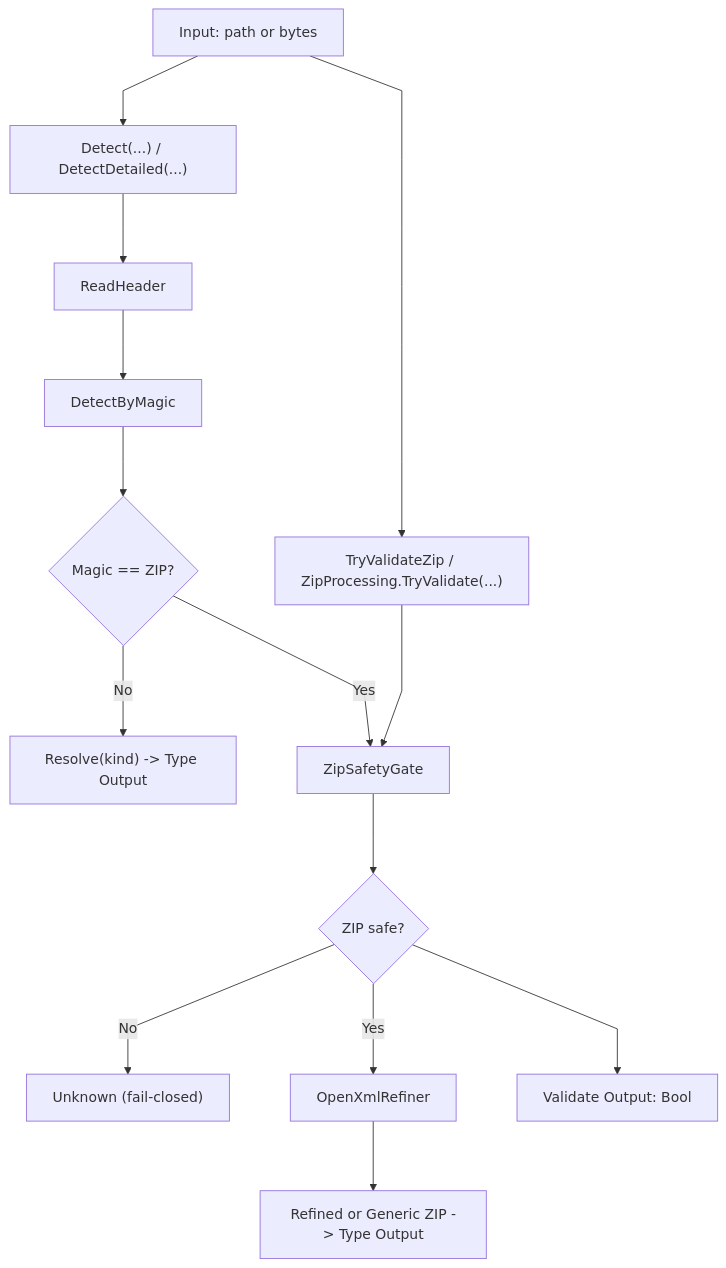
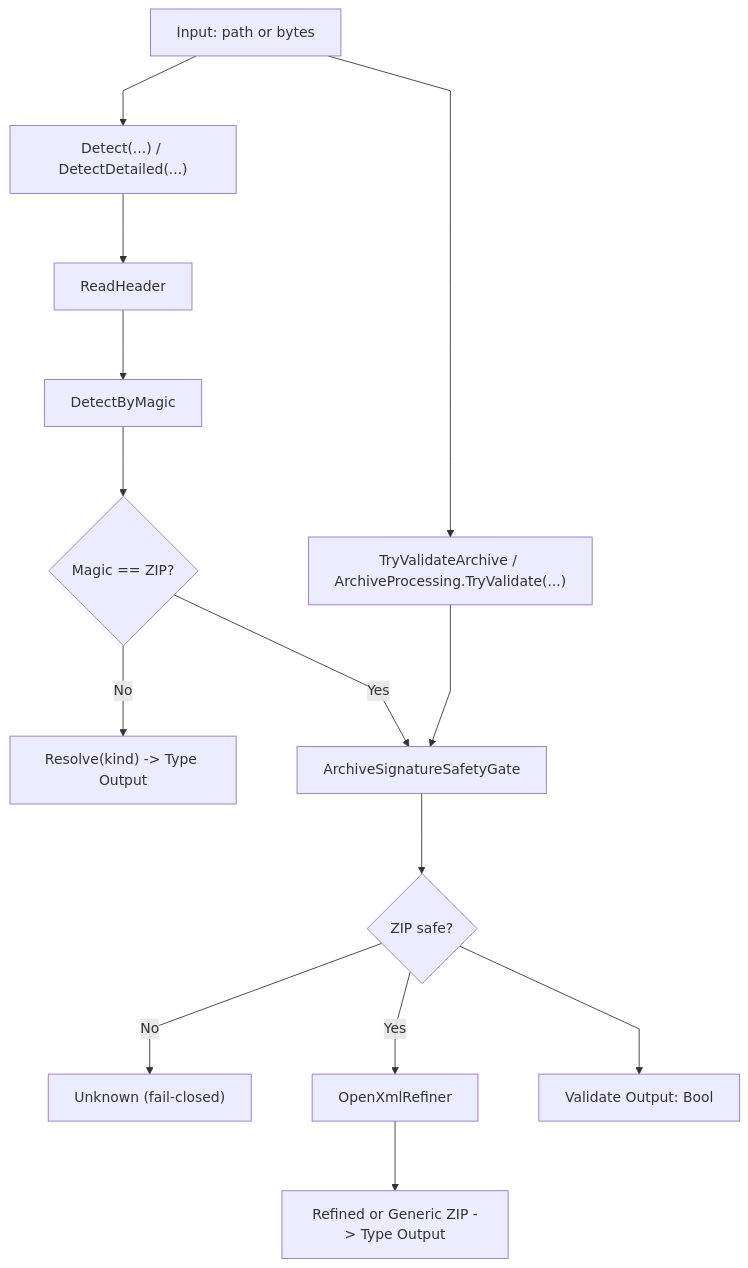
The third of 9 diagrams in docs/02_ARCHITECTURE_AND_FLOWS.md (tomtastisch/FileClassifier), drawn with Mermaid before and after one commit. The commit also changed other lines of this file and 32 other files, not shown here.

Commit message:
refactor: vereinheitliche zip-benennungen auf archive

````diff
--- a/docs/02_ARCHITECTURE_AND_FLOWS.md
+++ b/docs/02_ARCHITECTURE_AND_FLOWS.md
@@ -111,18 +111,18 @@
 ```mermaid
 %%{init: {"flowchart": {"curve": "linear", "nodeSpacing": 70, "rankSpacing": 80}, "themeVariables": {"fontSize": "16px"}}}%%
 flowchart TD
   I1["Input: path or bytes"] --> D1["Detect(...) / DetectDetailed(...)"]
   D1 --> H1["ReadHeader"]
   H1 --> M1["DetectByMagic"]
   M1 --> Q1{"Magic == ZIP?"}
 
   Q1 -->|"No"| T1["Resolve(kind) -> Type Output"]
-  Q1 -->|"Yes"| G1["ZipSafetyGate"] --> Q2{"ZIP safe?"}
+  Q1 -->|"Yes"| G1["ArchiveSignatureSafetyGate"] --> Q2{"ZIP safe?"}
 
   Q2 -->|"No"| U1["Unknown (fail-closed)"]
   Q2 -->|"Yes"| R1["OpenXmlRefiner"] --> T2["Refined or Generic ZIP -> Type Output"]
 
-  I1 --> V1["TryValidateZip / ZipProcessing.TryValidate(...)"]
+  I1 --> V1["TryValidateArchive / ArchiveProcessing.TryValidate(...)"]
   V1 --> G1
   Q2 --> V2["Validate Output: Bool"]
 ```
````
